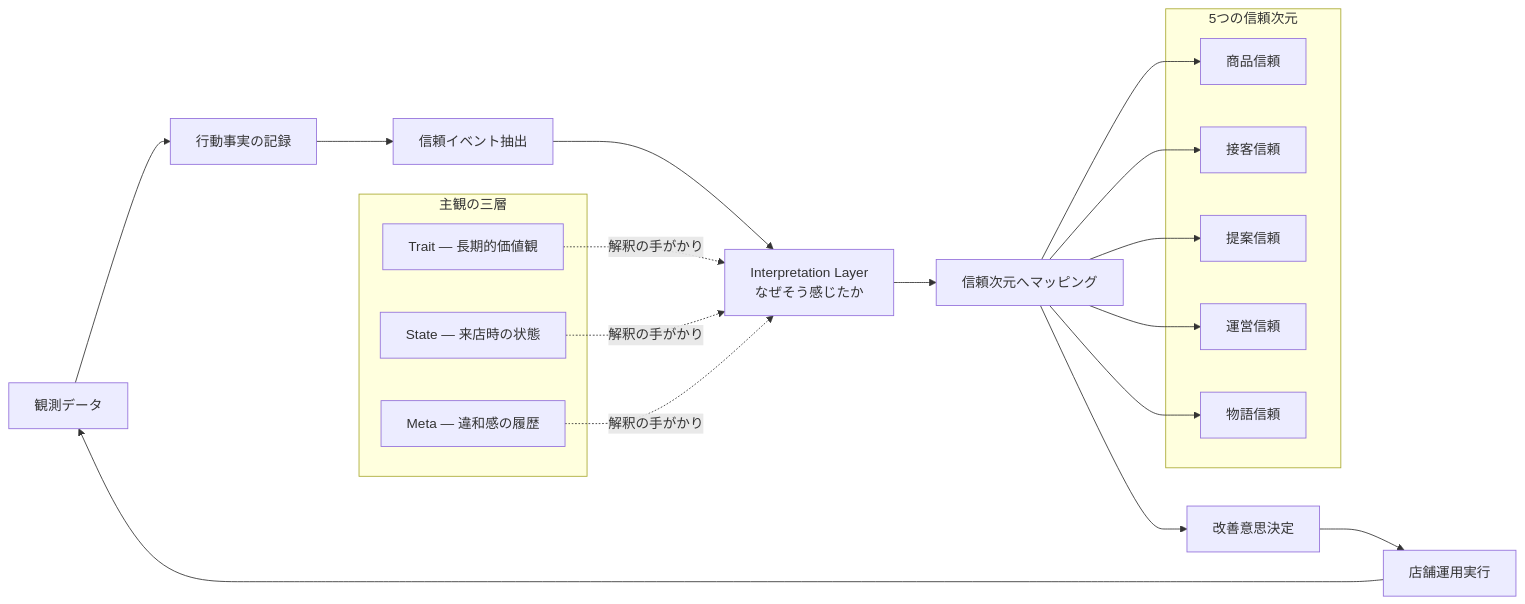
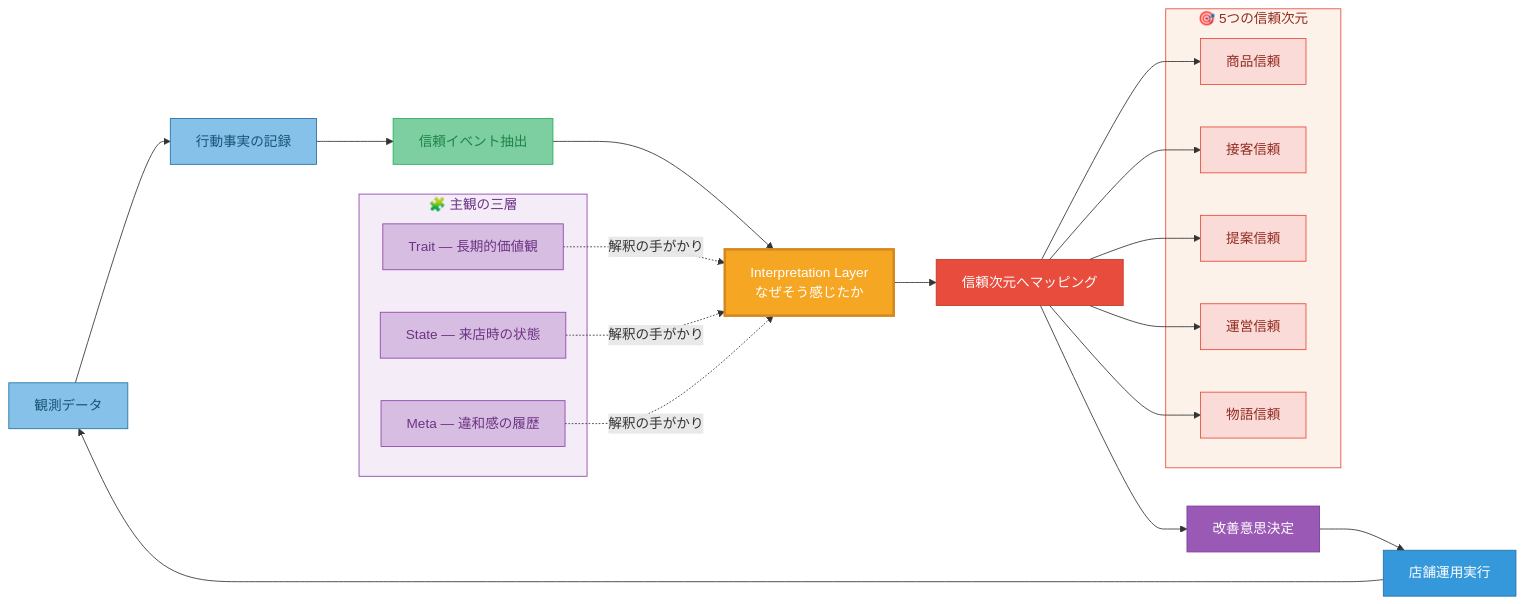
Before and after one commit to KazuakiWatanabe/subjective-trust-platform: the third of 4 diagrams in docs/trust-system-summary-mermaid.md, drawn with Mermaid. The commit also changed other lines of this file and 2 other files, not shown here.

Commit message:
図の修正

````diff
--- a/docs/trust-system-summary-mermaid.md
+++ b/docs/trust-system-summary-mermaid.md
@@ -194,34 +236,54 @@
 ```mermaid
 flowchart LR
     D1[観測データ] --> D2[行動事実の記録]
     D2 --> D3[信頼イベント抽出]
     D3 --> D4[Interpretation Layer<br/>なぜそう感じたか]
     D4 --> D5[信頼次元へマッピング]
     D5 --> D6[改善意思決定]
     D6 --> D7[店舗運用実行]
     D7 --> D1
 
-    subgraph Trust["5つの信頼次元"]
+    subgraph Trust["🎯 5つの信頼次元"]
         T1[商品信頼]
         T2[接客信頼]
         T3[提案信頼]
         T4[運営信頼]
         T5[物語信頼]
     end
 
-    subgraph Subjective["主観の三層"]
+    subgraph Subjective["🧩 主観の三層"]
         M1[Trait — 長期的価値観]
         M2[State — 来店時の状態]
         M3[Meta — 違和感の履歴]
     end
 
     D5 --> T1
     D5 --> T2
     D5 --> T3
     D5 --> T4
     D5 --> T5
 
     M1 -.->|解釈の手がかり| D4
     M2 -.->|解釈の手がかり| D4
     M3 -.->|解釈の手がかり| D4
+
+    style D1 fill:#85C1E9,stroke:#2471A3,color:#1A5276
+    style D2 fill:#85C1E9,stroke:#2471A3,color:#1A5276
+    style D3 fill:#7DCEA0,stroke:#27AE60,color:#1E8449
+    style D4 fill:#F5A623,stroke:#D4881E,color:#fff,stroke-width:3px
+    style D5 fill:#E74C3C,stroke:#C0392B,color:#fff
+    style D6 fill:#9B59B6,stroke:#7D3C98,color:#fff
+    style D7 fill:#3498DB,stroke:#2471A3,color:#fff
+
+    style Trust fill:#FDF2E9,stroke:#E74C3C,color:#922B21
+    style T1 fill:#FADBD8,stroke:#E74C3C,color:#922B21
+    style T2 fill:#FADBD8,stroke:#E74C3C,color:#922B21
+    style T3 fill:#FADBD8,stroke:#E74C3C,color:#922B21
+    style T4 fill:#FADBD8,stroke:#E74C3C,color:#922B21
+    style T5 fill:#FADBD8,stroke:#E74C3C,color:#922B21
+
+    style Subjective fill:#F4ECF7,stroke:#8E44AD,color:#6C3483
+    style M1 fill:#D7BDE2,stroke:#8E44AD,color:#6C3483
+    style M2 fill:#D7BDE2,stroke:#8E44AD,color:#6C3483
+    style M3 fill:#D7BDE2,stroke:#8E44AD,color:#6C3483
 ```
````
